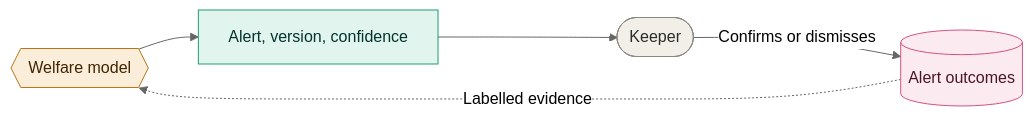
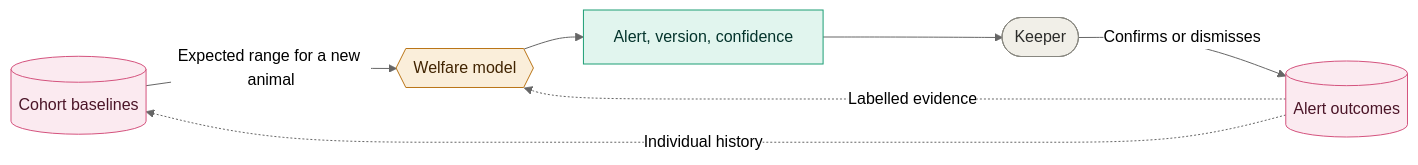
The third of 3 diagrams in docs/diagrams/05-welfare-monitoring.md (Humanberto/architectural-katas-2026), drawn with Mermaid (neutral theme) before and after one commit. The commit also changed other lines of this file and 2 other files, not shown here.

Commit message:
docs: update diagrams 04 and 05 for 041 and 047, add 06

````diff
--- a/docs/diagrams/05-welfare-monitoring.md
+++ b/docs/diagrams/05-welfare-monitoring.md
@@ -60,27 +97,30 @@
 ```mermaid
 flowchart LR
 
+  cohort[(Cohort baselines)]
   model{{Welfare model}}
   alert[Alert, version, confidence]
   keeper([Keeper])
   record[(Alert outcomes)]
 
+  cohort -->|Expected range for a new animal| model
   model --> alert
   alert --> keeper
   keeper -->|Confirms or dismisses| record
   record -.->|Labelled evidence| model
+  record -.->|Individual history| cohort
 
   classDef t1 fill:#EAF3DE,stroke:#639922,color:#173404
   classDef t2 fill:#FAEEDA,stroke:#BA7517,color:#412402
   classDef t3 fill:#EEEDFE,stroke:#7F77DD,color:#26215C
   classDef edge fill:#E1F5EE,stroke:#1D9E75,color:#04342C
   classDef cloud fill:#E6F1FB,stroke:#378ADD,color:#042C53
   classDef human fill:#F1EFE8,stroke:#888780,color:#2C2C2A
   classDef store fill:#FBEAF0,stroke:#D4537E,color:#4B1528
   classDef ext fill:#FCEBEB,stroke:#E24B4A,color:#501313
 
   class alert edge
   class model t2
   class keeper human
-  class record store
+  class cohort,record store
 ```
````
